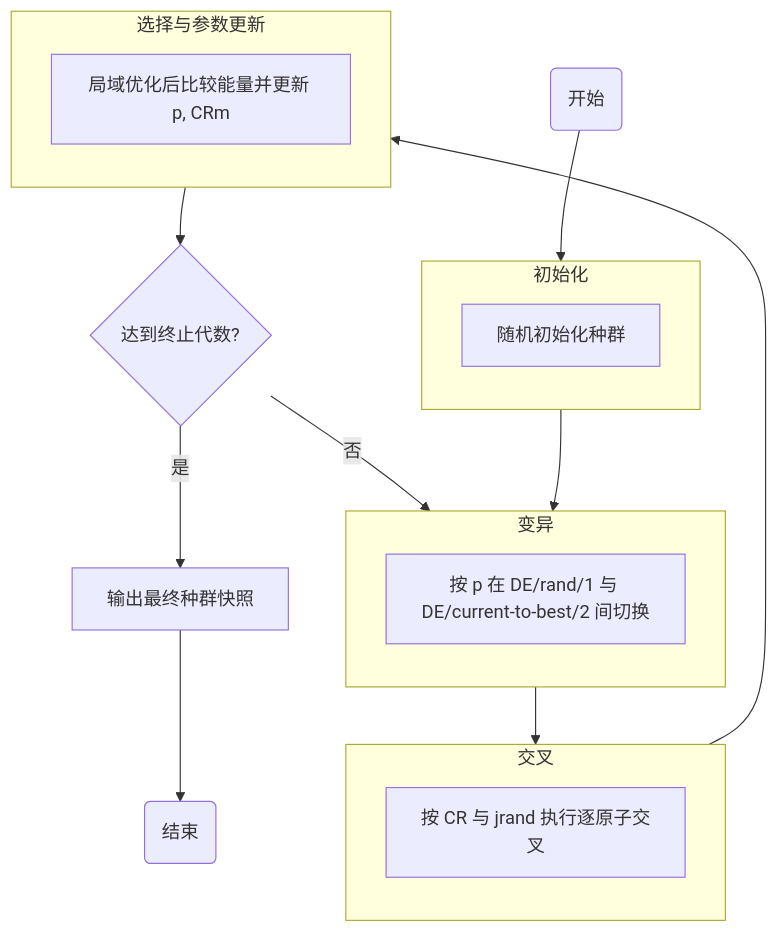
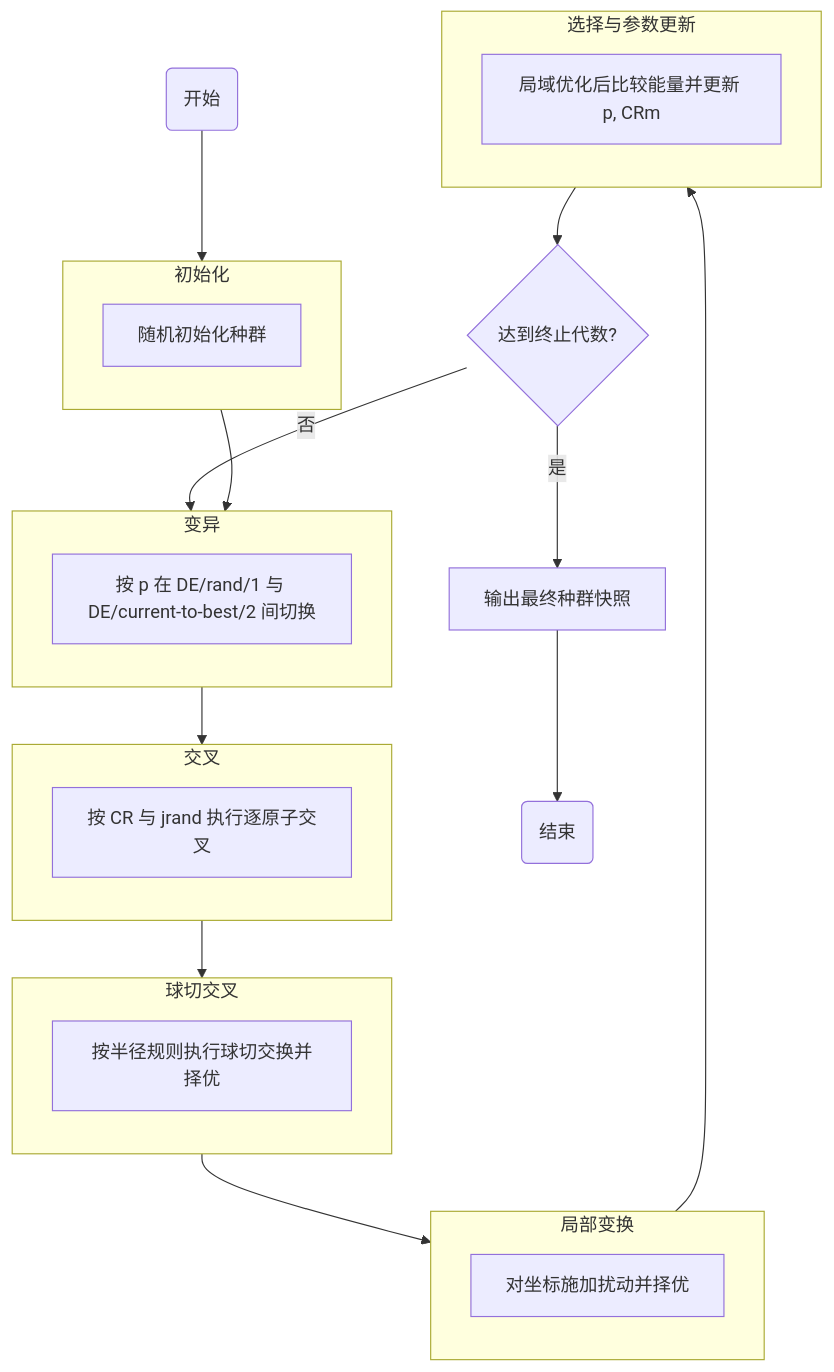
Before and after one commit to Yinjie1/SaNSDE: the diagram in README.md, drawn with Mermaid. The commit also changed other lines of this file, not shown here.

````diff
--- a/README.md
+++ b/README.md
@@ -26,35 +26,49 @@
 ```mermaid
 graph TD
     Start(开始) --> InitNode
 
     subgraph Initialization [初始化]
         direction TB
         InitNode[随机初始化种群]
     end
 
     InitNode --> MutNode
 
     subgraph Mutation [变异]
         direction TB
         MutNode[按 p 在 DE/rand/1 与 DE/current-to-best/2 间切换]
     end
 
     MutNode --> CrossNode
 
     subgraph Crossover [交叉]
         direction TB
         CrossNode[按 CR 与 jrand 执行逐原子交叉]
     end
 
-    CrossNode --> SelectNode
+    CrossNode --> SpliceNode
+
+    subgraph SphereCut [球切交叉]
+        direction TB
+        SpliceNode[按半径规则执行球切交换并择优]
+    end
+
+    SpliceNode --> LTransNode
+
+    subgraph LocalTrans [局部变换]
+        direction TB
+        LTransNode[对坐标施加扰动并择优]
+    end
+
+    LTransNode --> SelectNode
 
     subgraph Selection [选择与参数更新]
         direction TB
         SelectNode[局域优化后比较能量并更新 p, CRm]
     end
 
     SelectNode --> Decision{达到终止代数?}
     Decision -- 否 --> MutNode
     Decision -- 是 --> OutputNode[输出最终种群快照]
     OutputNode --> End(结束)
 ```
````
